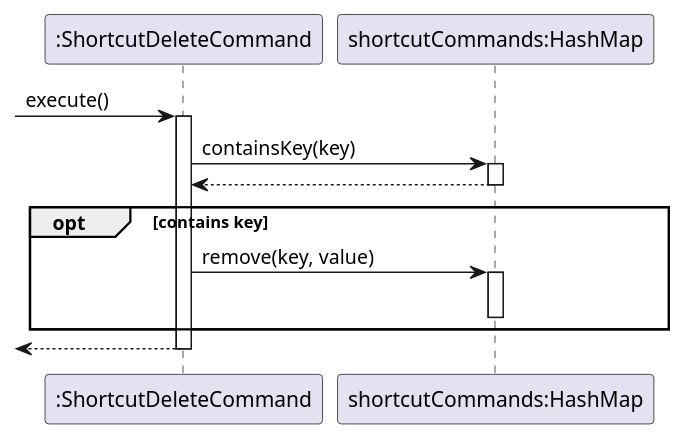
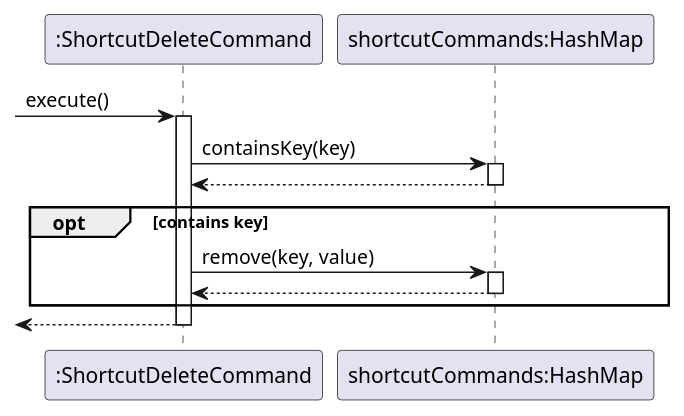
Before and after one commit to nus-cs2113-AY2223S2/tp: the diagram in docs/diagrams/ShortcutDeleteCommand.puml, drawn with PlantUML. The commit also changed 1 other file, not shown here.

Commit message:
Update Shortcut add and delete diagrams for consistency

```diff
--- a/docs/diagrams/ShortcutDeleteCommand.puml
+++ b/docs/diagrams/ShortcutDeleteCommand.puml
@@ -1,27 +1,29 @@
 @startuml
 participant ":ShortcutDeleteCommand" as ShortcutDeleteCommand
 participant "shortcutCommands:HashMap" as shortcutCommands
 
 [-> ShortcutDeleteCommand : execute()
 activate ShortcutDeleteCommand
 
 ShortcutDeleteCommand -> shortcutCommands : containsKey(key)
 activate shortcutCommands
 shortcutCommands --> ShortcutDeleteCommand
 
 deactivate shortcutCommands
 
 
 opt contains key
 
 
 ShortcutDeleteCommand -> shortcutCommands : remove(key, value)
 activate shortcutCommands
+shortcutCommands --> ShortcutDeleteCommand
+
 deactivate shortcutCommands
 
 end
 [<--ShortcutDeleteCommand
 deactivate ShortcutDeleteCommand
 
 
 @enduml
```
